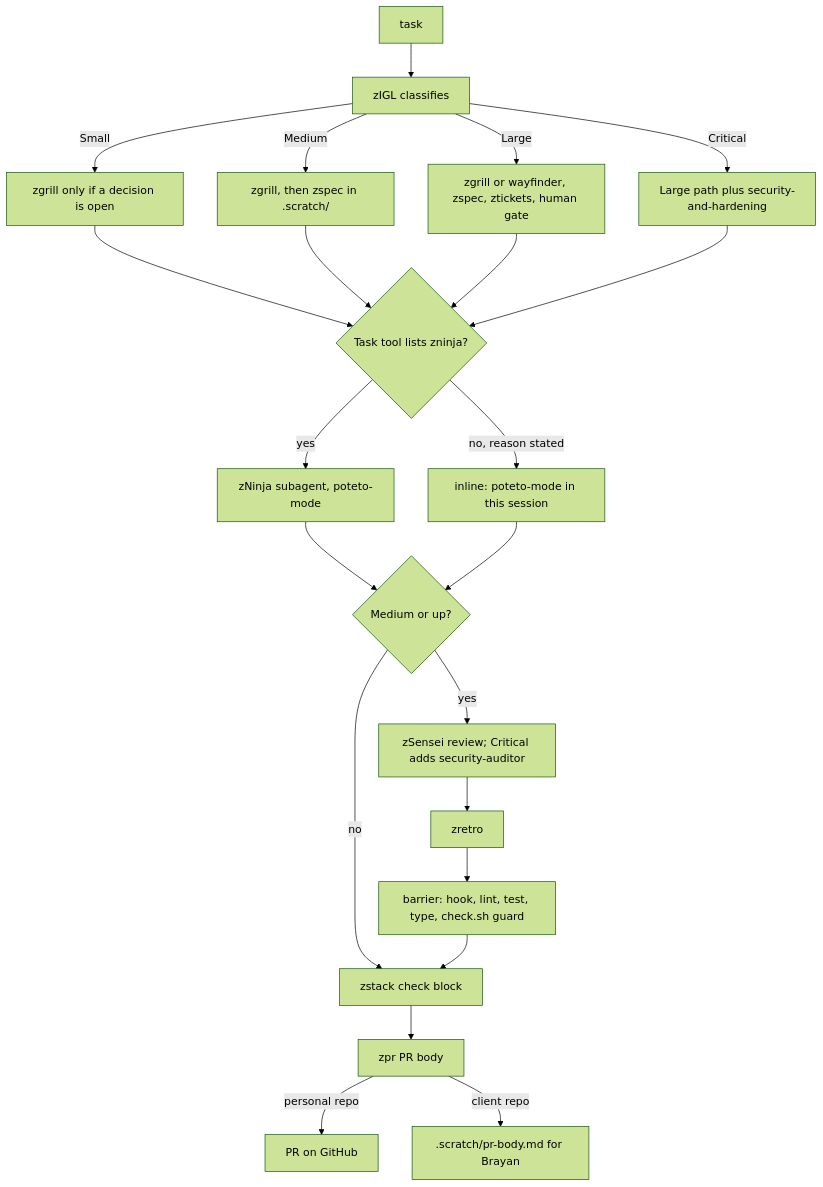
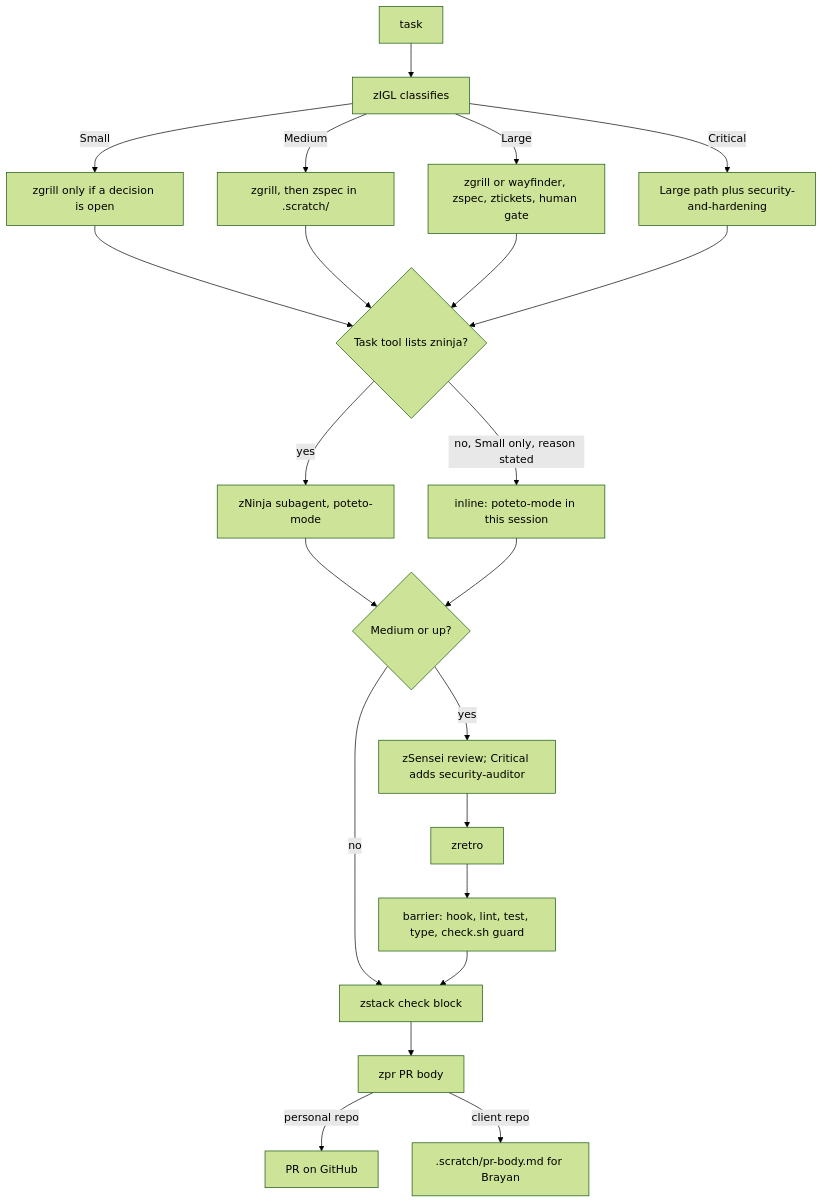
The second of 3 diagrams in docs/architecture.md (Byevenes/agent-workflow), drawn with Mermaid (forest theme) before and after one commit. The commit also changed other lines of this file and 8 other files, not shown here.

````diff
--- a/docs/architecture.md
+++ b/docs/architecture.md
@@ -34,20 +34,20 @@
 ```mermaid
 flowchart TD
   task[task] --> zigl[zIGL classifies]
   zigl -->|Small| s[zgrill only if a decision is open]
   zigl -->|Medium| m[zgrill, then zspec in .scratch/]
   zigl -->|Large| l[zgrill or wayfinder, zspec, ztickets, human gate]
   zigl -->|Critical| c[Large path plus security-and-hardening]
   s & m & l & c --> impl{Task tool lists zninja?}
   impl -->|yes| zn[zNinja subagent, poteto-mode]
-  impl -->|no, reason stated| inl[inline: poteto-mode in this session]
+  impl -->|no, Small only, reason stated| inl[inline: poteto-mode in this session]
   zn & inl --> rev{Medium or up?}
   rev -->|yes| zs[zSensei review; Critical adds security-auditor]
   rev -->|no| ck
   zs --> retro[zretro]
   retro --> bar[barrier: hook, lint, test, type, check.sh guard]
   bar --> ck[zstack check block]
   ck --> pr[zpr PR body]
   pr -->|personal repo| gh[PR on GitHub]
   pr -->|client repo| draft[.scratch/pr-body.md for Brayan]
 ```
````
